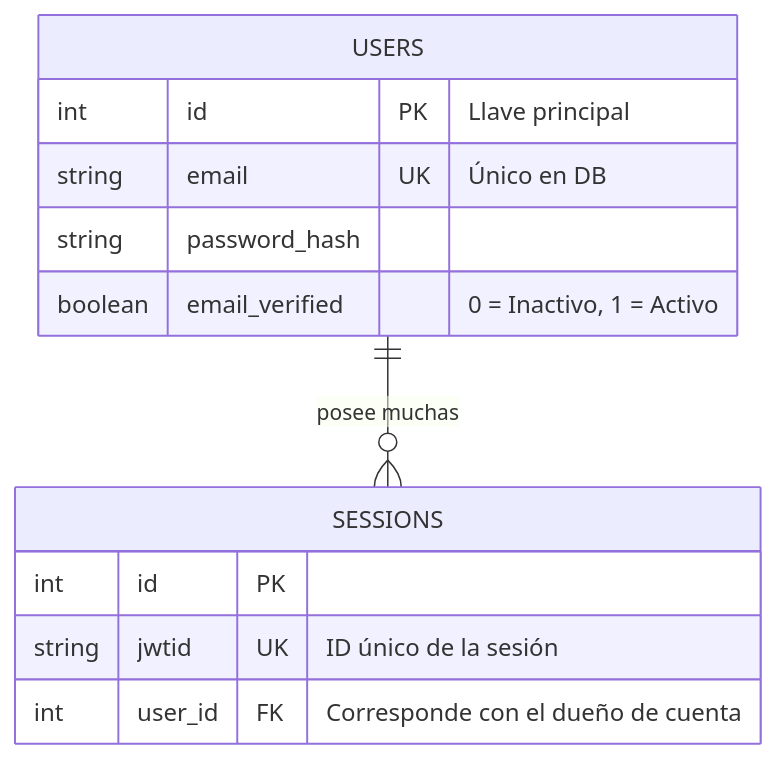
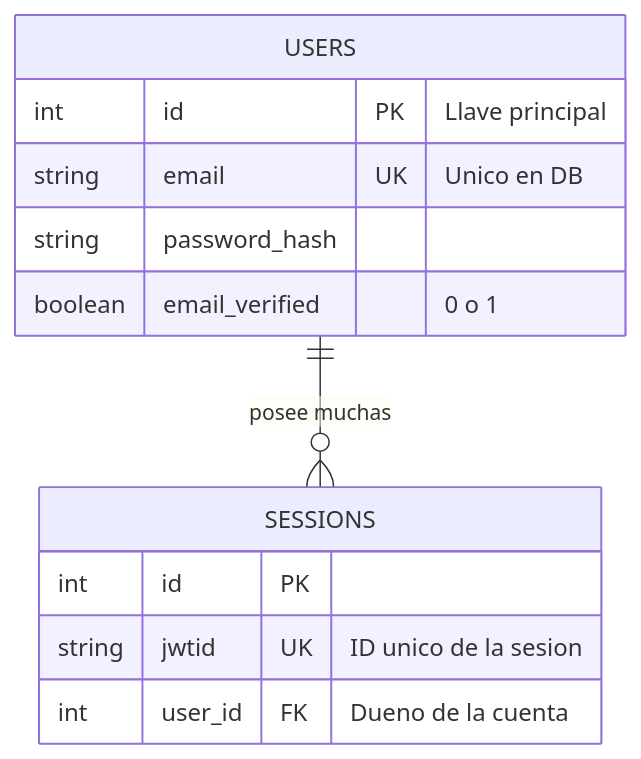
One commit to Byte21m/Proyecto-Sistema-de-facturacion changed the first of 4 diagrams in documentacion/05_Diagramas_y_Estructura.md. Above: the diagram before and after it, drawn with Mermaid. The commit also changed other lines of this file and 1 other file, not shown here.

Commit message:
docs: Diagramas Mermaid corregidos, extensiones VSCode detalladas

````diff
--- a/documentacion/05_Diagramas_y_Estructura.md
+++ b/documentacion/05_Diagramas_y_Estructura.md
@@ -33,15 +45,15 @@
 ```mermaid
 erDiagram
     USERS ||--o{ SESSIONS : "posee muchas"
     USERS {
         int id PK "Llave principal"
-        string email UK "Único en DB"
-        string password_hash 
-        boolean email_verified "0 = Inactivo, 1 = Activo"
+        string email UK "Unico en DB"
+        string password_hash
+        boolean email_verified "0 o 1"
     }
     SESSIONS {
-        int id PK 
-        string jwtid UK "ID único de la sesión"
-        int user_id FK "Corresponde con el dueño de cuenta"
+        int id PK
+        string jwtid UK "ID unico de la sesion"
+        int user_id FK "Dueno de la cuenta"
     }
 ```
````
